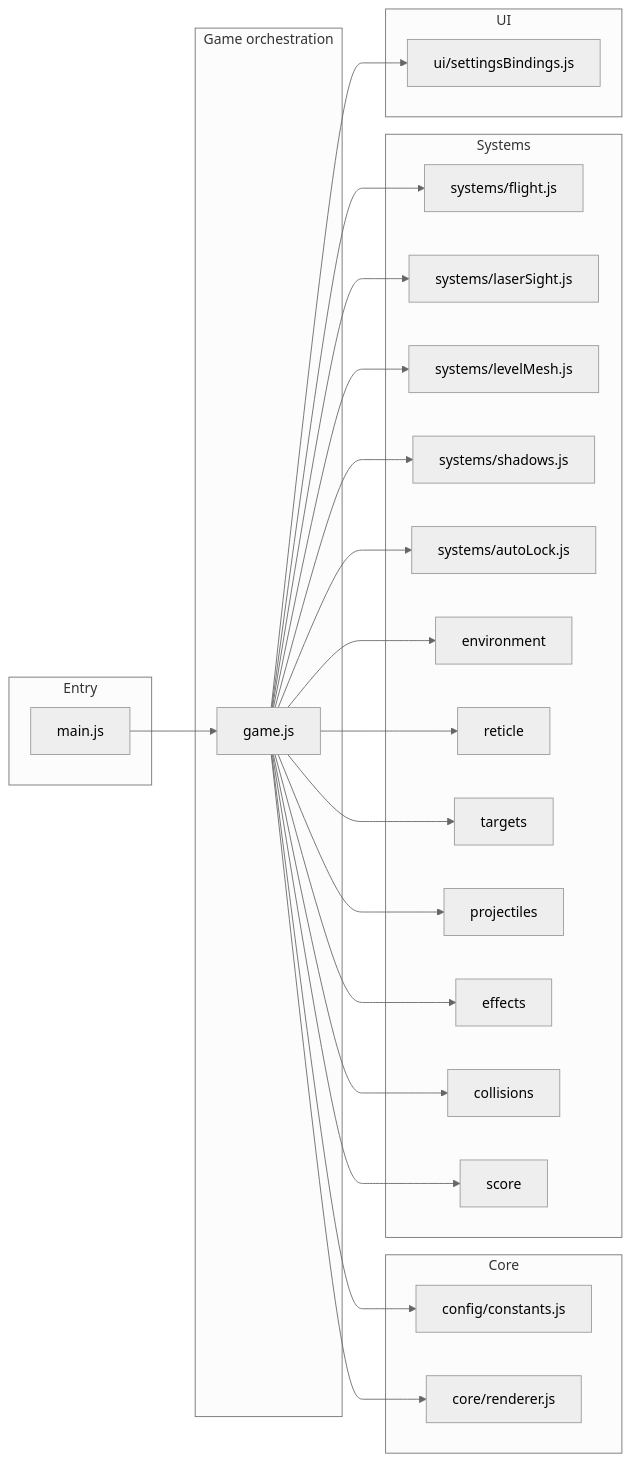
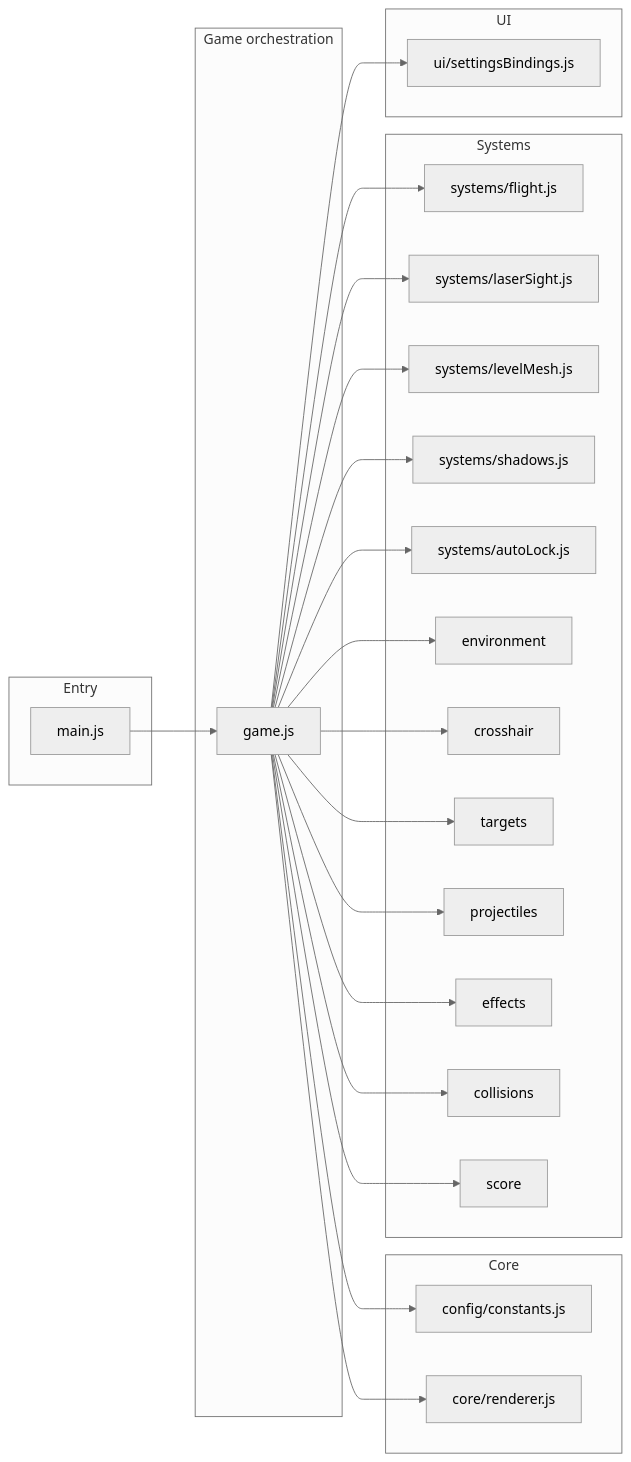
Before and after one commit to HaunGO/RailShooterGame: the diagram in docs/GameRefactorPlan.md, drawn with Mermaid (neutral theme). The commit also changed other lines of this file and 11 other files, not shown here.

First line of the commit message:
Rename reticle → crosshair throughout project

````diff
--- a/docs/GameRefactorPlan.md
+++ b/docs/GameRefactorPlan.md
@@ -20,46 +20,46 @@
 ```mermaid
 flowchart LR
   subgraph entry [Entry]
     main[main.js]
   end
   subgraph core [Core]
     config[config/constants.js]
     renderer[core/renderer.js]
   end
   subgraph game [Game orchestration]
     gamejs[game.js]
   end
   subgraph systems [Systems]
     flight[systems/flight.js]
     laser[systems/laserSight.js]
     levelMesh[systems/levelMesh.js]
     shadows[systems/shadows.js]
     autoLock[systems/autoLock.js]
     env[environment]
-    reticle[reticle]
+    crosshair[crosshair]
     targets[targets]
     projectiles[projectiles]
     effects[effects]
     collisions[collisions]
     score[score]
   end
   subgraph ui [UI]
     bindings[ui/settingsBindings.js]
   end
   main --> gamejs
   gamejs --> config
   gamejs --> renderer
   gamejs --> flight
   gamejs --> laser
   gamejs --> levelMesh
   gamejs --> shadows
   gamejs --> autoLock
   gamejs --> bindings
   gamejs --> env
-  gamejs --> reticle
+  gamejs --> crosshair
   gamejs --> targets
   gamejs --> projectiles
   gamejs --> effects
   gamejs --> collisions
   gamejs --> score
 ```
````
